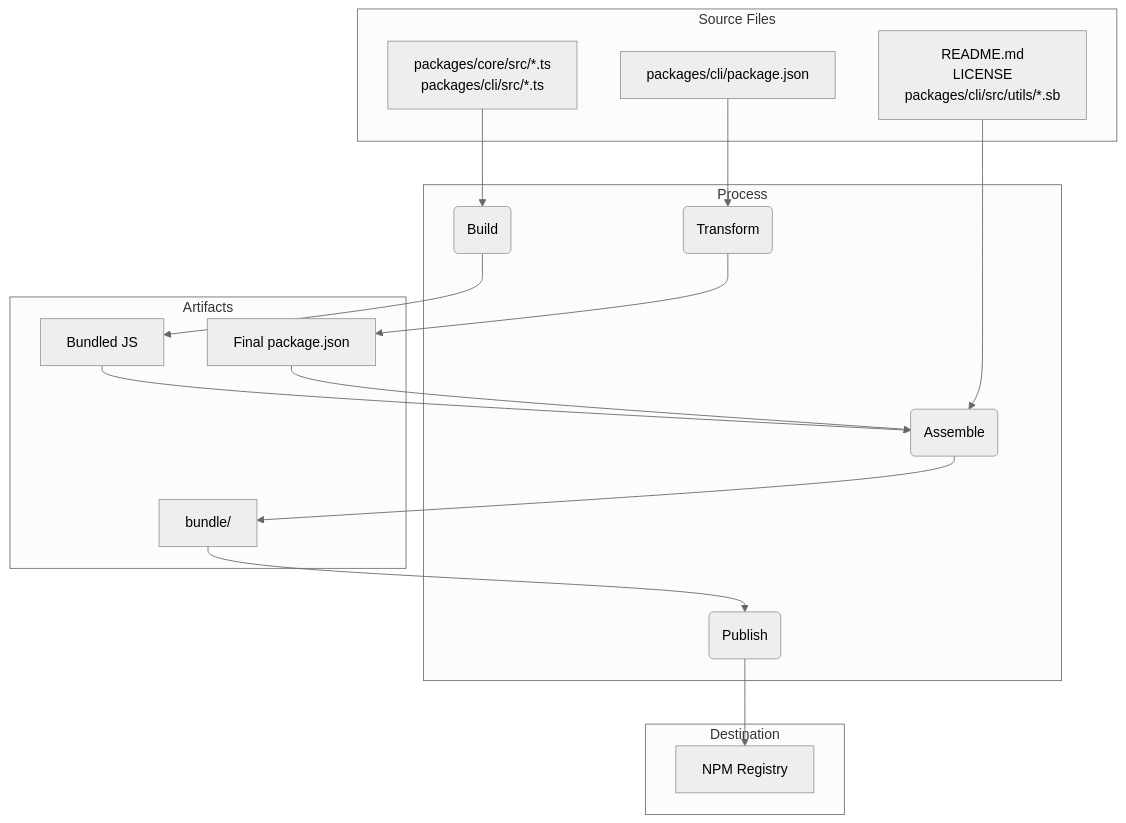
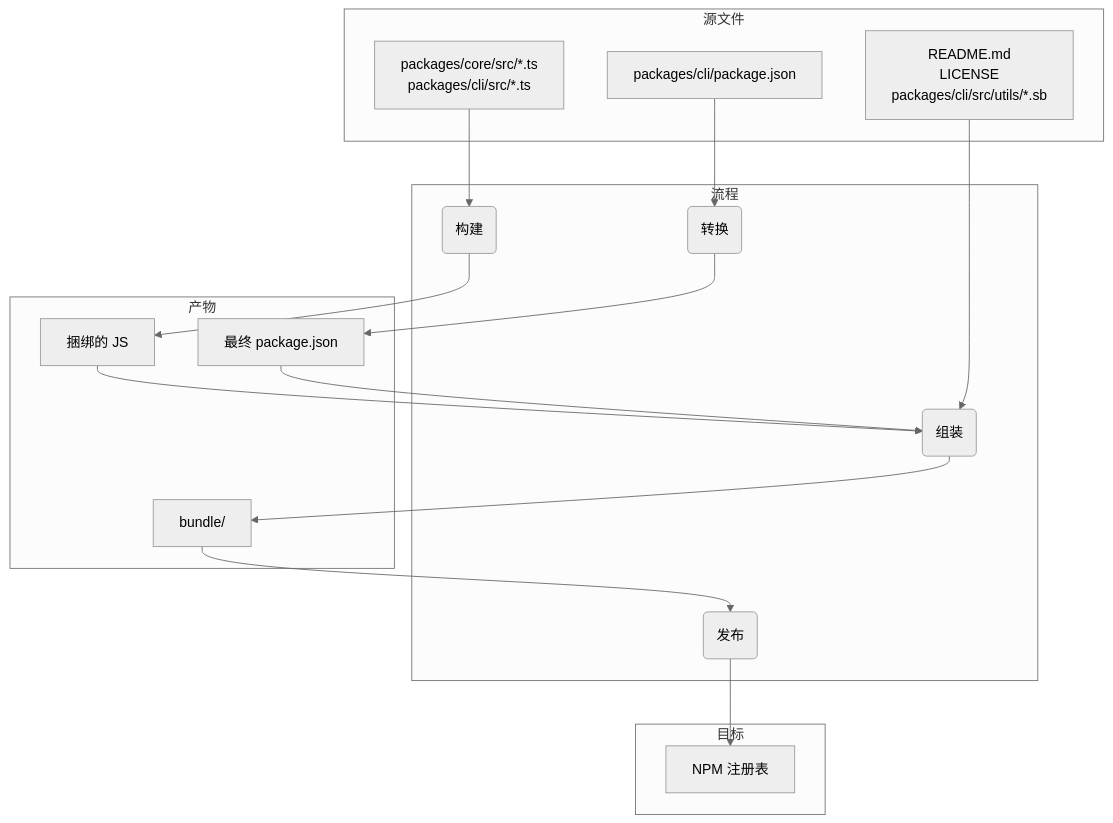
Before and after one commit to jyyconrad/qwen-code: the diagram in docs/npm.md, drawn with Mermaid (neutral theme). The commit also changed other lines of this file and 443 other files, not shown here.

````diff
--- a/docs/npm.md
+++ b/docs/npm.md
@@ -223,33 +188,33 @@
 ```mermaid
 graph TD
-    subgraph "Source Files"
+    subgraph "源文件"
         A["packages/core/src/*.ts<br/>packages/cli/src/*.ts"]
         B["packages/cli/package.json"]
         C["README.md<br/>LICENSE<br/>packages/cli/src/utils/*.sb"]
     end
 
-    subgraph "Process"
-        D(Build)
-        E(Transform)
-        F(Assemble)
-        G(Publish)
+    subgraph "流程"
+        D(构建)
+        E(转换)
+        F(组装)
+        G(发布)
     end
 
-    subgraph "Artifacts"
-        H["Bundled JS"]
-        I["Final package.json"]
+    subgraph "产物"
+        H["捆绑的 JS"]
+        I["最终 package.json"]
         J["bundle/"]
     end
 
-    subgraph "Destination"
-        K["NPM Registry"]
+    subgraph "目标"
+        K["NPM 注册表"]
     end
 
     A --> D --> H
     B --> E --> I
     C --> F
     H --> F
     I --> F
     F --> J
     J --> G --> K
 ```
````
